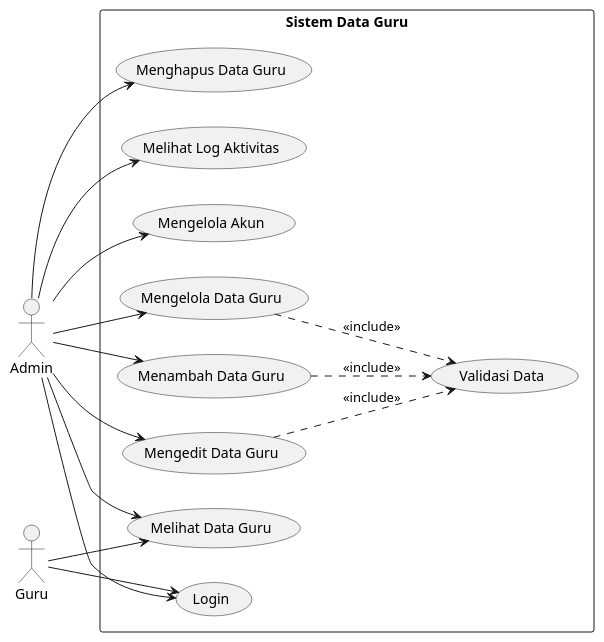
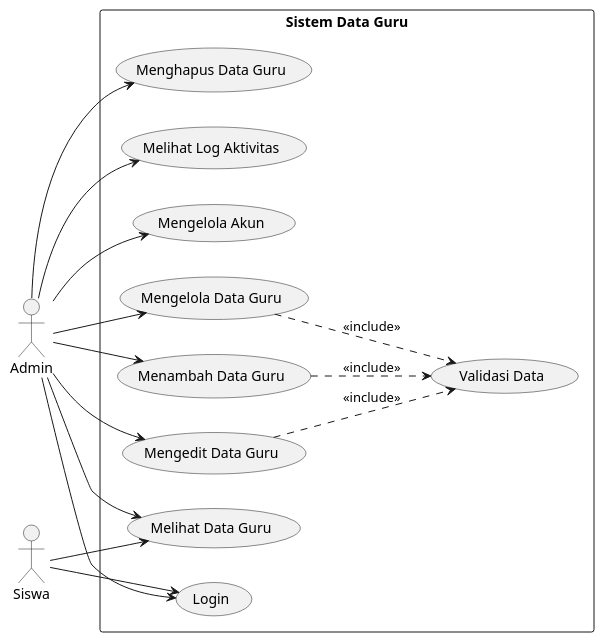
Before and after one commit to dwikidyp/UTS-Desain-Analisis-Algoritma: the diagram in UTS/usecase.puml, drawn with PlantUML.

Commit message:
update usecase

```diff
--- a/UTS/usecase.puml
+++ b/UTS/usecase.puml
@@ -1,37 +1,37 @@
 @startuml Sistem Data Guru
 
 left to right direction
 skinparam packageStyle rectangle
 
 actor Admin
-actor "Guru" as Guru
+actor "Siswa" as Siswa
 
 rectangle "Sistem Data Guru" {
     usecase "Login" as UC1
     usecase "Mengelola Data Guru" as UC2
     usecase "Menambah Data Guru" as UC3
     usecase "Mengedit Data Guru" as UC4
     usecase "Menghapus Data Guru" as UC5
     usecase "Melihat Data Guru" as UC6
     usecase "Melihat Log Aktivitas" as UC9
     usecase "Validasi Data" as UC10
     usecase "Mengelola Akun" as UC11
 
     UC2 ..> UC10 : <<include>>
     UC3 ..> UC10 : <<include>>
     UC4 ..> UC10 : <<include>>
 }
 
 Admin --> UC1
 Admin --> UC2
 Admin --> UC3
 Admin --> UC4
 Admin --> UC5
 Admin --> UC6
 Admin --> UC9
 Admin --> UC11
 
-Guru --> UC1
-Guru --> UC6
+Siswa --> UC1
+Siswa --> UC6
 
 @enduml
```
